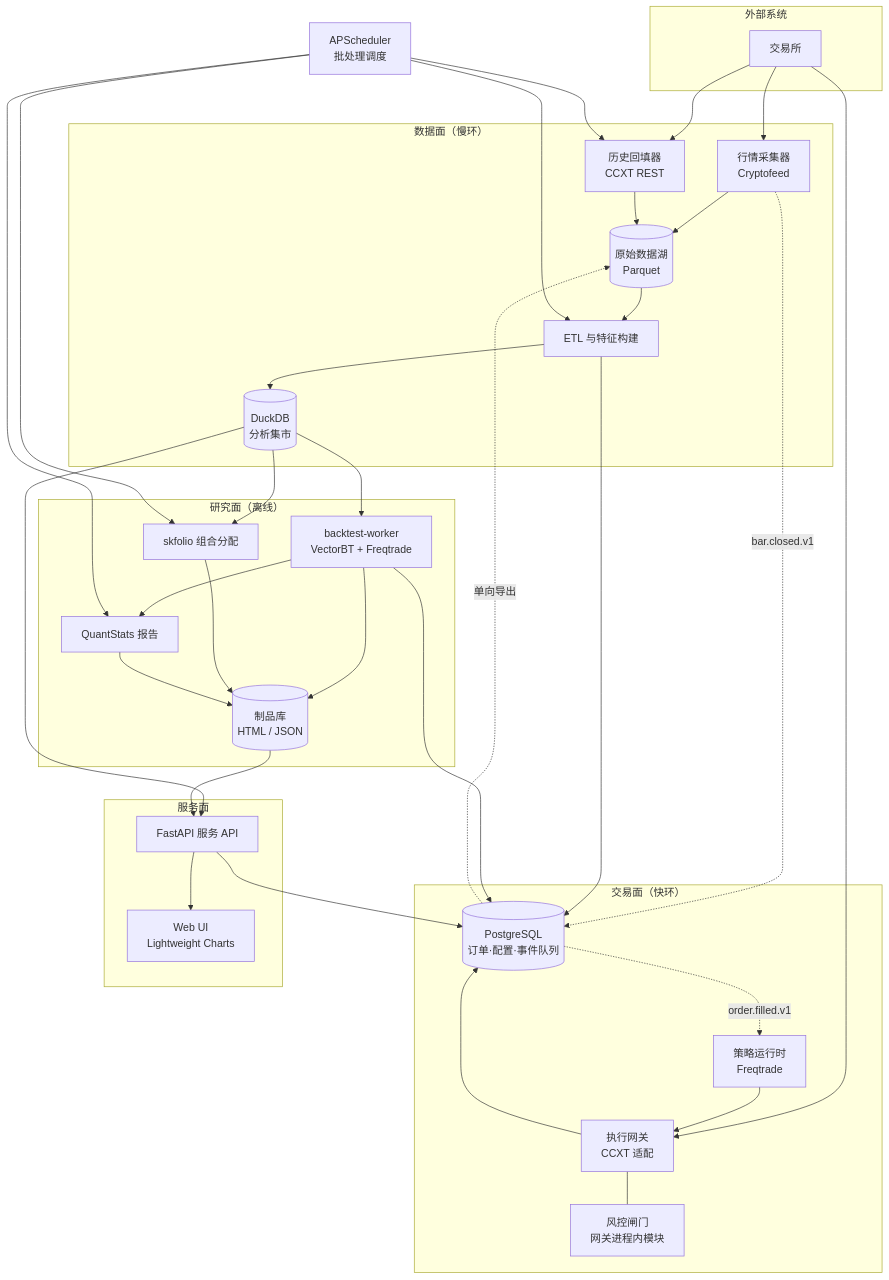
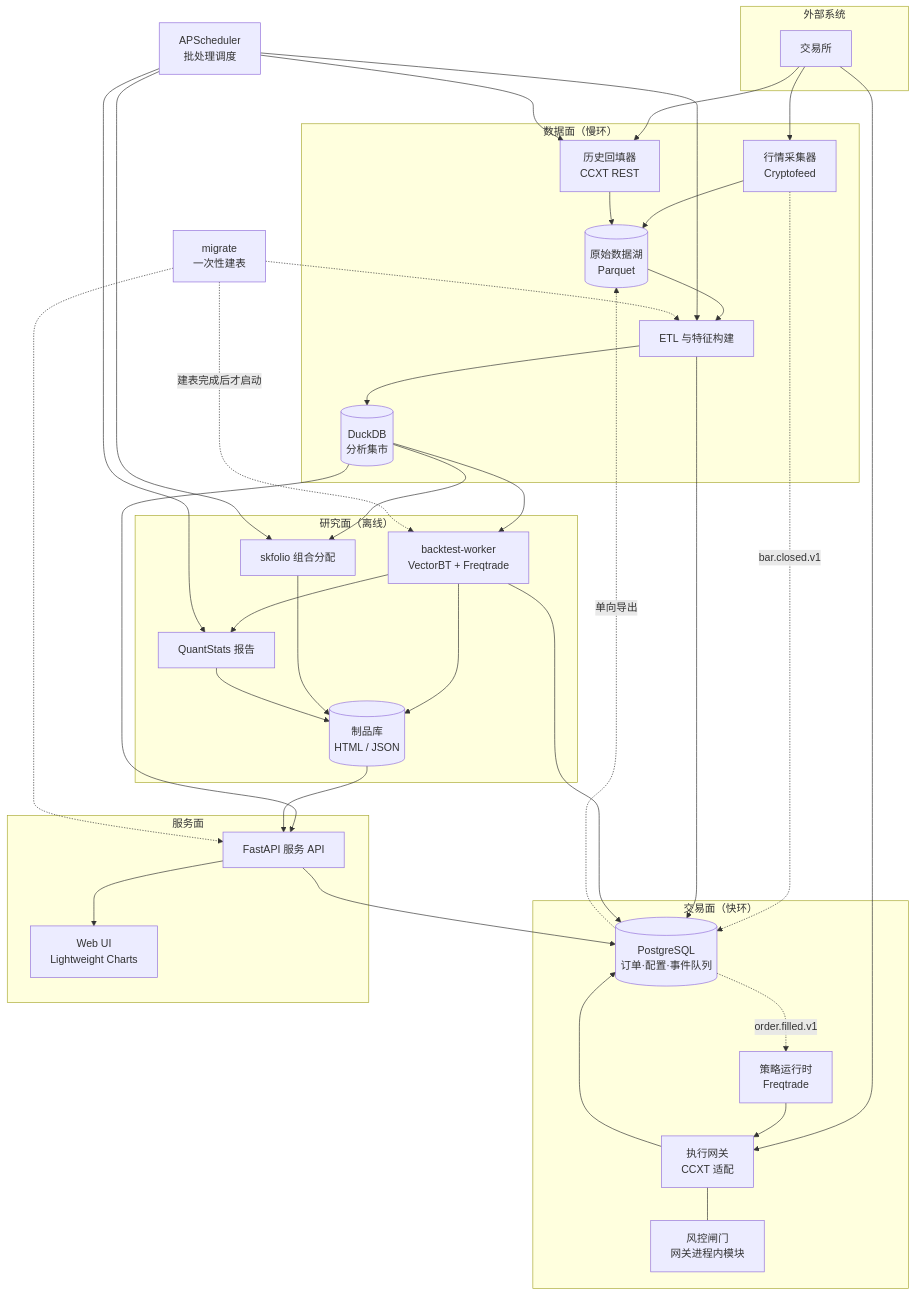
One commit to wwei-github/Keel changed the first of 8 diagrams in docs/architecture-design.md. Above: the diagram before and after it, drawn with Mermaid. The commit also changed other lines of this file and 14 other files, not shown here.

````diff
--- a/docs/architecture-design.md
+++ b/docs/architecture-design.md
@@ -151,65 +151,69 @@
 ```mermaid
 flowchart TB
   subgraph EXT["外部系统"]
     EXA["交易所"]
   end
 
   subgraph DATA["数据面（慢环）"]
     COL["行情采集器<br/>Cryptofeed"]
     BF["历史回填器<br/>CCXT REST"]
     RAW[("原始数据湖<br/>Parquet")]
     ETL["ETL 与特征构建"]
     DUCK[("DuckDB<br/>分析集市")]
   end
 
   subgraph LIVE["交易面（快环）"]
     SR["策略运行时<br/>Freqtrade"]
     GW["执行网关<br/>CCXT 适配"]
     RISK["风控闸门<br/>网关进程内模块"]
     PG[("PostgreSQL<br/>订单·配置·事件队列")]
   end
 
   subgraph RESEARCH["研究面（离线）"]
     BT["backtest-worker<br/>VectorBT + Freqtrade"]
     SKF["skfolio 组合分配"]
     QS["QuantStats 报告"]
     ART[("制品库<br/>HTML / JSON")]
   end
 
   subgraph SERVE["服务面"]
     API["FastAPI 服务 API"]
     WEB["Web UI<br/>Lightweight Charts"]
   end
 
   SCH["APScheduler<br/>批处理调度"]
+  MIG["migrate<br/>一次性建表"]
 
   EXA --> COL
   EXA --> BF
   COL --> RAW
   BF --> RAW
   COL -.->|bar.closed.v1| PG
   RAW --> ETL
   ETL --> DUCK
   ETL --> PG
   DUCK --> BT
   BT --> ART
   BT --> QS
   BT --> PG
   DUCK --> SKF
   SKF --> ART
   QS --> ART
   EXA --> GW
   GW --> PG
   GW --- RISK
   PG -.->|order.filled.v1| SR
   SR --> GW
   PG -.->|单向导出| RAW
   DUCK --> API
   ART --> API
   API --> PG
   API --> WEB
   SCH --> BF
   SCH --> ETL
+  MIG -.->|建表完成后才启动| BT
+  MIG -.-> ETL
+  MIG -.-> API
   SCH --> SKF
   SCH --> QS
 ```
````
